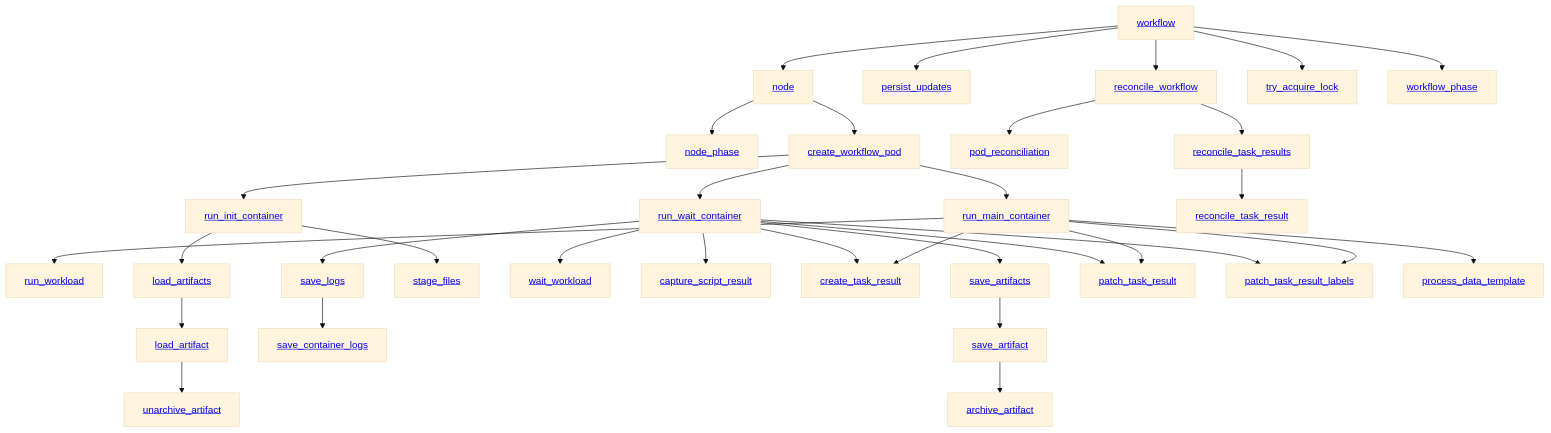
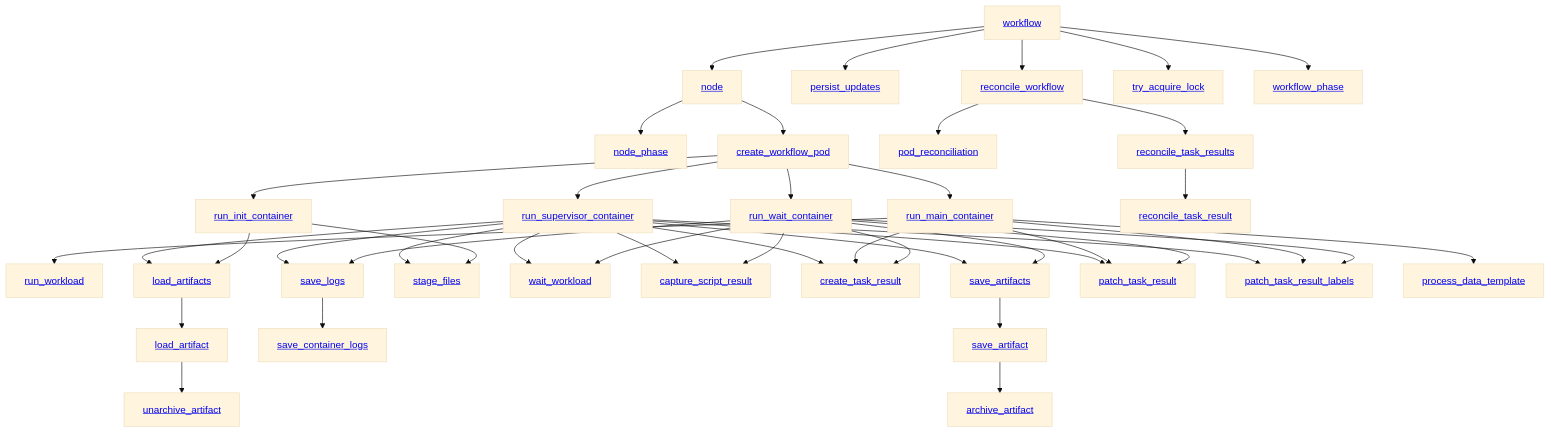
Before and after one commit to 365614269/CNCF-Graduated: the second of 2 diagrams in modules/argo-workflows/docs/tracing.md, drawn with Mermaid (base theme). The commit also changed other lines of this file and 389 other files, not shown here.

````diff
--- a/modules/argo-workflows/docs/tracing.md
+++ b/modules/argo-workflows/docs/tracing.md
@@ -36,65 +36,76 @@
 ```mermaid
 flowchart TD
     Workflow[<a href='#workflow'>workflow</a>]
     Node[<a href='#node'>node</a>]
     NodePhase[<a href='#node_phase'>node_phase</a>]
     PersistUpdates[<a href='#persist_updates'>persist_updates</a>]
     ReconcileWorkflow[<a href='#reconcile_workflow'>reconcile_workflow</a>]
     TryAcquireLock[<a href='#try_acquire_lock'>try_acquire_lock</a>]
     WorkflowPhase[<a href='#workflow_phase'>workflow_phase</a>]
     CreateWorkflowPod[<a href='#create_workflow_pod'>create_workflow_pod</a>]
     PodReconciliation[<a href='#pod_reconciliation'>pod_reconciliation</a>]
     ReconcileTaskResults[<a href='#reconcile_task_results'>reconcile_task_results</a>]
     RunInitContainer[<a href='#run_init_container'>run_init_container</a>]
     RunMainContainer[<a href='#run_main_container'>run_main_container</a>]
+    RunSupervisorContainer[<a href='#run_supervisor_container'>run_supervisor_container</a>]
     RunWaitContainer[<a href='#run_wait_container'>run_wait_container</a>]
     RunWorkload[<a href='#run_workload'>run_workload</a>]
     SaveArtifacts[<a href='#save_artifacts'>save_artifacts</a>]
     SaveLogs[<a href='#save_logs'>save_logs</a>]
     StageFiles[<a href='#stage_files'>stage_files</a>]
     WaitWorkload[<a href='#wait_workload'>wait_workload</a>]
     CaptureScriptResult[<a href='#capture_script_result'>capture_script_result</a>]
     CreateTaskResult[<a href='#create_task_result'>create_task_result</a>]
     LoadArtifacts[<a href='#load_artifacts'>load_artifacts</a>]
     PatchTaskResult[<a href='#patch_task_result'>patch_task_result</a>]
     PatchTaskResultLabels[<a href='#patch_task_result_labels'>patch_task_result_labels</a>]
     ProcessDataTemplate[<a href='#process_data_template'>process_data_template</a>]
     ReconcileTaskResult[<a href='#reconcile_task_result'>reconcile_task_result</a>]
     SaveArtifact[<a href='#save_artifact'>save_artifact</a>]
     SaveContainerLogs[<a href='#save_container_logs'>save_container_logs</a>]
     ArchiveArtifact[<a href='#archive_artifact'>archive_artifact</a>]
     LoadArtifact[<a href='#load_artifact'>load_artifact</a>]
     UnarchiveArtifact[<a href='#unarchive_artifact'>unarchive_artifact</a>]
     Workflow --> Node
     Node --> NodePhase
     Workflow --> PersistUpdates
     Workflow --> ReconcileWorkflow
     Workflow --> TryAcquireLock
     Workflow --> WorkflowPhase
     Node --> CreateWorkflowPod
     ReconcileWorkflow --> PodReconciliation
     ReconcileWorkflow --> ReconcileTaskResults
     CreateWorkflowPod --> RunInitContainer
     CreateWorkflowPod --> RunMainContainer
+    CreateWorkflowPod --> RunSupervisorContainer
     CreateWorkflowPod --> RunWaitContainer
     RunMainContainer --> RunWorkload
     RunWaitContainer --> SaveArtifacts
+    RunSupervisorContainer --> SaveArtifacts
     RunWaitContainer --> SaveLogs
+    RunSupervisorContainer --> SaveLogs
     RunInitContainer --> StageFiles
+    RunSupervisorContainer --> StageFiles
     RunWaitContainer --> WaitWorkload
+    RunSupervisorContainer --> WaitWorkload
     RunWaitContainer --> CaptureScriptResult
+    RunSupervisorContainer --> CaptureScriptResult
     RunWaitContainer --> CreateTaskResult
     RunMainContainer --> CreateTaskResult
+    RunSupervisorContainer --> CreateTaskResult
     RunInitContainer --> LoadArtifacts
+    RunSupervisorContainer --> LoadArtifacts
     RunWaitContainer --> PatchTaskResult
     RunMainContainer --> PatchTaskResult
+    RunSupervisorContainer --> PatchTaskResult
     RunWaitContainer --> PatchTaskResultLabels
     RunMainContainer --> PatchTaskResultLabels
+    RunSupervisorContainer --> PatchTaskResultLabels
     RunMainContainer --> ProcessDataTemplate
     ReconcileTaskResults --> ReconcileTaskResult
     SaveArtifacts --> SaveArtifact
     SaveLogs --> SaveContainerLogs
     SaveArtifact --> ArchiveArtifact
     LoadArtifacts --> LoadArtifact
     LoadArtifact --> UnarchiveArtifact
 ```
````
